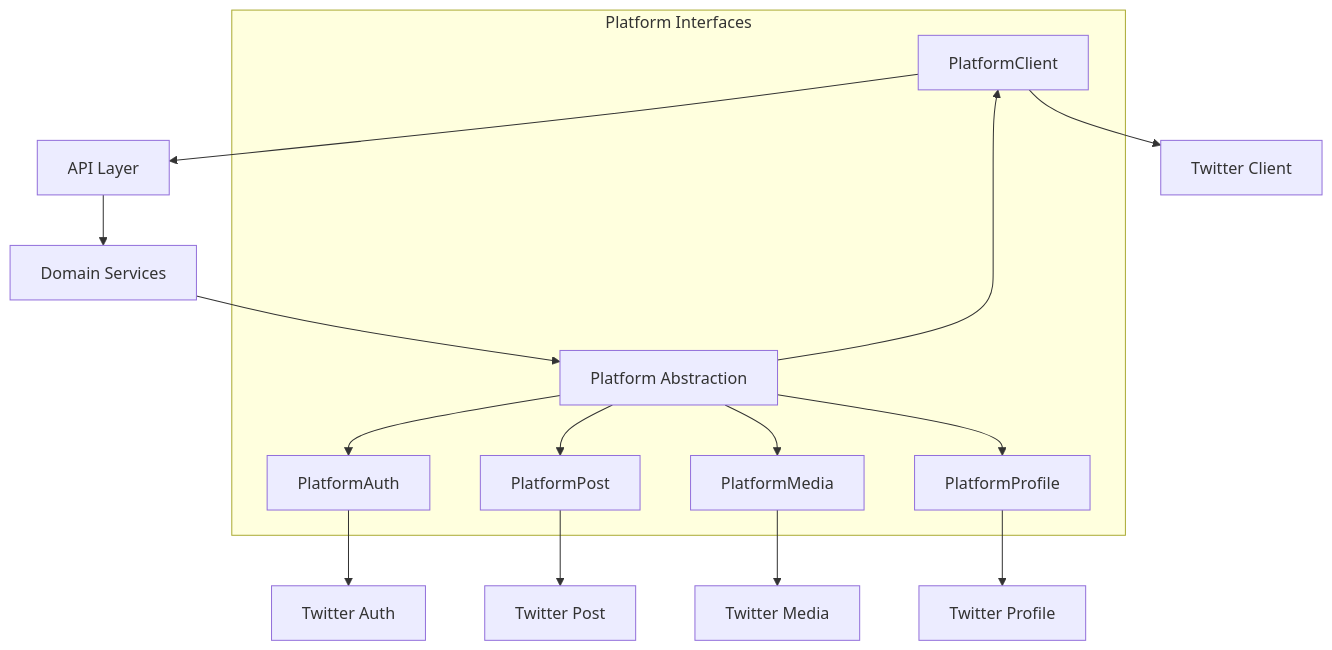
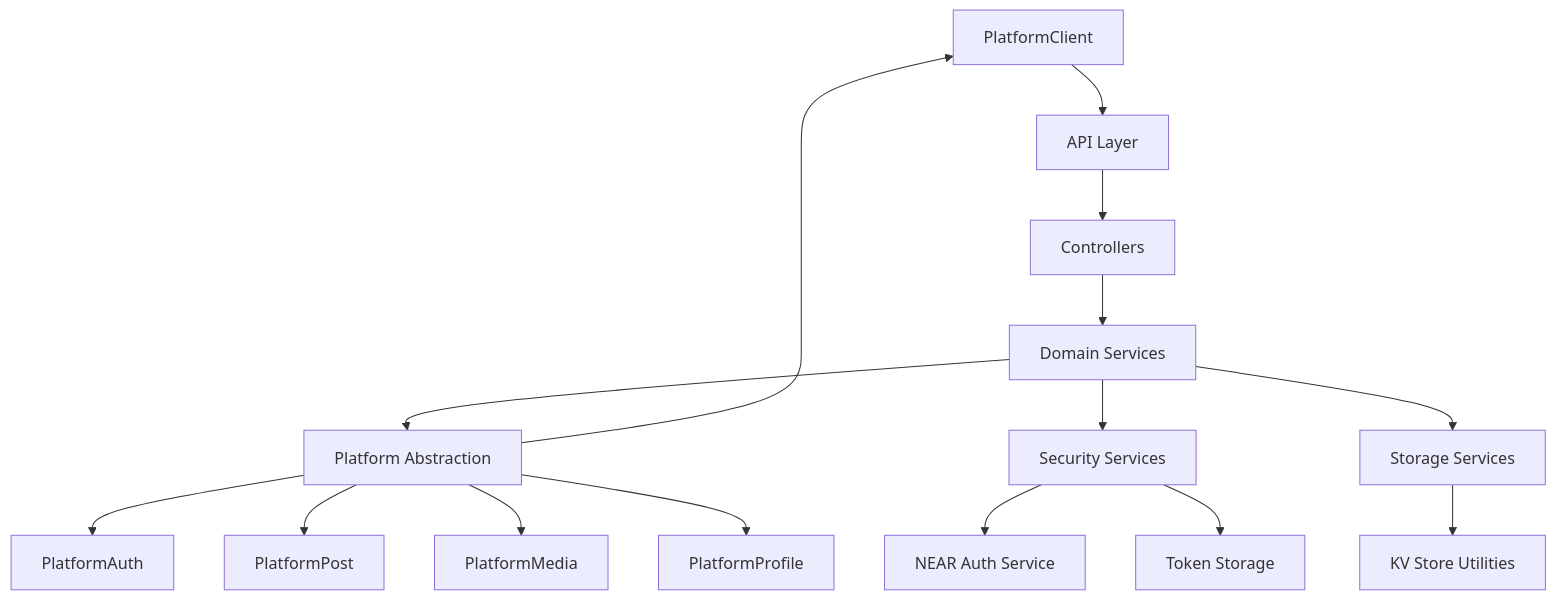
One commit to open-crosspost/open-crosspost-proxy-service changed the first of 5 diagrams in memory-bank/systemPatterns.md. Above: the diagram before and after it, drawn with Mermaid. The commit also changed other lines of this file and 16 other files, not shown here.

````diff
--- a/memory-bank/systemPatterns.md
+++ b/memory-bank/systemPatterns.md
@@ -10,20 +8,20 @@
 ```mermaid
 flowchart TD
-    Client[Client] --> API[API Layer]
-    API --> Domain[Domain Services]
-    Domain --> Abstraction[Platform Abstraction]
+    Client[Client Applications] --> API[API Layer]
+    API --> Controllers[Controllers]
+    Controllers --> Services[Domain Services]
+    Services --> PlatformAbstraction[Platform Abstraction]
     
-    subgraph "Platform Interfaces"
-        Abstraction --> Auth[PlatformAuth]
-        Abstraction --> Client[PlatformClient]
-        Abstraction --> Post[PlatformPost]
-        Abstraction --> Media[PlatformMedia]
-        Abstraction --> Profile[PlatformProfile]
-    end
+    PlatformAbstraction --> Auth[PlatformAuth]
+    PlatformAbstraction --> Client[PlatformClient]
+    PlatformAbstraction --> Post[PlatformPost]
+    PlatformAbstraction --> Media[PlatformMedia]
+    PlatformAbstraction --> Profile[PlatformProfile]
     
-    Auth --> TwitterAuth[Twitter Auth]
-    Client --> TwitterClient[Twitter Client]
-    Post --> TwitterPost[Twitter Post]
-    Media --> TwitterMedia[Twitter Media]
-    Profile --> TwitterProfile[Twitter Profile]
+    Services --> Security[Security Services]
+    Security --> NearAuth[NEAR Auth Service]
+    Security --> TokenStorage[Token Storage]
+    
+    Services --> Storage[Storage Services]
+    Storage --> KVStore[KV Store Utilities]
 ```
````
